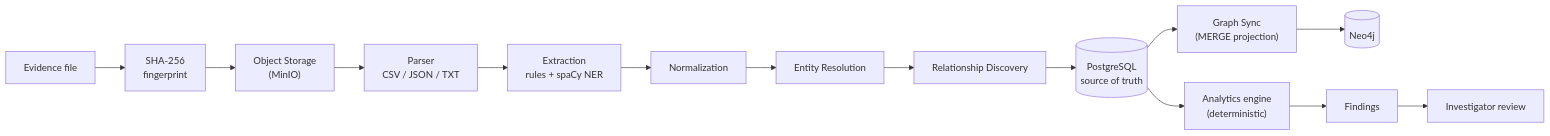
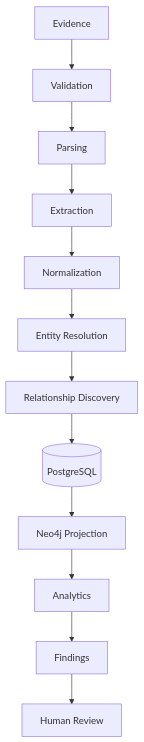
One commit to 0xhroot/cybersaarthi changed the first of 3 diagrams in README.md. Above: the diagram before and after it, drawn with Mermaid. The commit also changed other lines of this file and 1 other file, not shown here.

````diff
--- a/README.md
+++ b/README.md
@@ -209,16 +57,14 @@
 ```mermaid
-flowchart LR
-    A["Evidence file"] --> B["SHA-256<br/>fingerprint"]
-    B --> C["Object Storage<br/>(MinIO)"]
-    C --> D["Parser<br/>CSV / JSON / TXT"]
-    D --> E["Extraction<br/>rules + spaCy NER"]
-    E --> F["Normalization"]
-    F --> G["Entity Resolution"]
-    G --> H["Relationship Discovery"]
-    H --> I[("PostgreSQL<br/>source of truth")]
-    I --> J["Graph Sync<br/>(MERGE projection)"]
-    J --> K[("Neo4j")]
-    I --> L["Analytics engine<br/>(deterministic)"]
-    L --> M["Findings"]
-    M --> N["Investigator review"]
+flowchart TD
+    A["Evidence"] --> B["Validation"]
+    B --> C["Parsing"]
+    C --> D["Extraction"]
+    D --> E["Normalization"]
+    E --> F["Entity Resolution"]
+    F --> G["Relationship Discovery"]
+    G --> H[("PostgreSQL")]
+    H --> I["Neo4j Projection"]
+    I --> J["Analytics"]
+    J --> K["Findings"]
+    K --> L["Human Review"]
 ```
````
